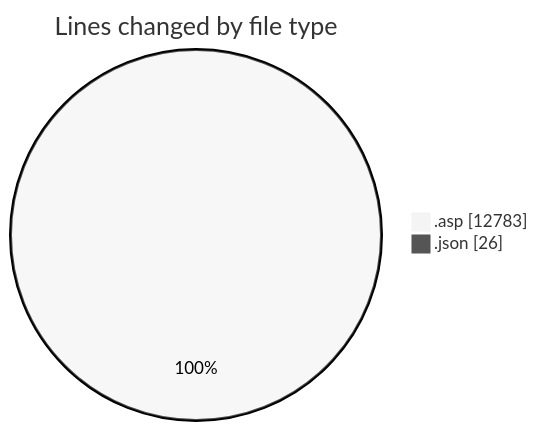
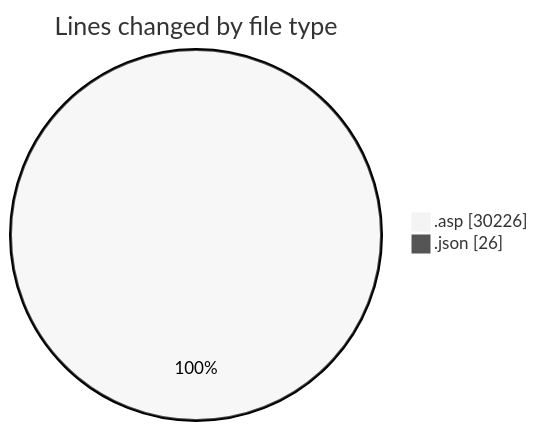
One commit to julien-gomy/code-tracking changed the first of 2 diagrams in 2025-11-27/cdp_aleoudev_fr__workspace_/README.md. Above: the diagram before and after it, drawn with Mermaid (neutral theme). The commit also changed other lines of this file and 1 other file, not shown here.

````diff
--- a/2025-11-27/cdp_aleoudev_fr__workspace_/README.md
+++ b/2025-11-27/cdp_aleoudev_fr__workspace_/README.md
@@ -29,6 +44,6 @@
 ```mermaid
 pie showData
 title Lines changed by file type
-".asp" : 12783
+".asp" : 30226
 ".json" : 26
 ```
````
